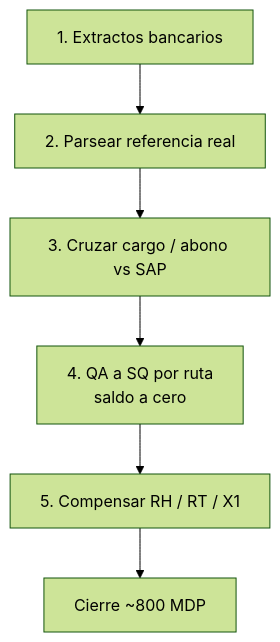
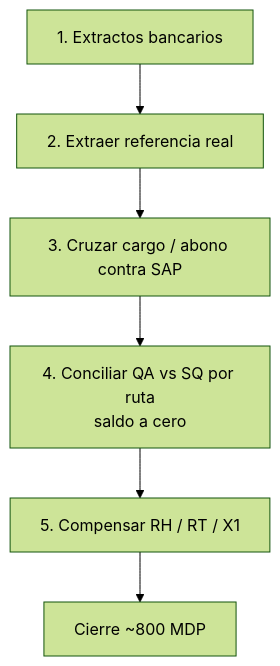
One commit to Joseluiscruz-hub/Joseluiscruz-hub changed the diagram in README.md. Above: the diagram before and after it, drawn with Mermaid (forest theme). The commit also changed other lines of this file, not shown here.

First line of the commit message:
docs(profile): polish EPP copy, Terracota mermaid, and CTA

````diff
--- a/README.md
+++ b/README.md
@@ -103,8 +105,8 @@
 ```mermaid
 flowchart TD
-  A[1. Extractos bancarios] --> B[2. Parsear referencia real]
-  B --> C[3. Cruzar cargo / abono vs SAP]
-  C --> D[4. QA a SQ por ruta<br/>saldo a cero]
+  A[1. Extractos bancarios] --> B[2. Extraer referencia real]
+  B --> C[3. Cruzar cargo / abono contra SAP]
+  C --> D[4. Conciliar QA vs SQ por ruta<br/>saldo a cero]
   D --> E[5. Compensar RH / RT / X1]
   E --> F[Cierre ~800 MDP]
 ```
````
